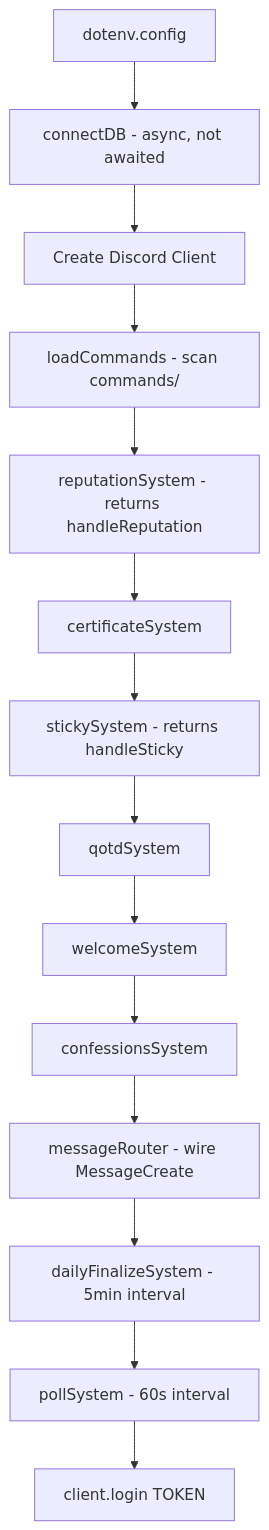
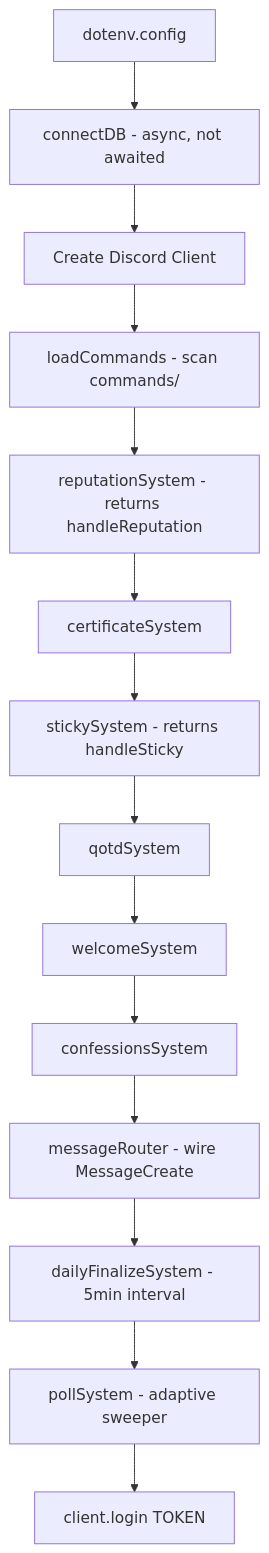
One commit to Vasumitra-Gajbhiye/Ralevel-Discord-Bot changed the first of 3 diagrams in docs/architecture.md. Above: the diagram before and after it, drawn with Mermaid. The commit also changed other lines of this file and 9 other files, not shown here.

Commit message:
Replaced the fixed 60-second poll deadline sweeper with adaptive deadline-based scheduling (5-minute idle cap), parallel poll closing, and a verification script. Then removed issue #16 from PERFORMANCE_REVIEW.md and updated related docs.

````diff
--- a/docs/architecture.md
+++ b/docs/architecture.md
@@ -81,16 +81,16 @@
 ```mermaid
 flowchart TD
     A[dotenv.config] --> B[connectDB - async, not awaited]
     B --> C[Create Discord Client]
     C --> D[loadCommands - scan commands/]
     D --> E[reputationSystem - returns handleReputation]
     E --> F[certificateSystem]
     F --> G[stickySystem - returns handleSticky]
     G --> H[qotdSystem]
     H --> I[welcomeSystem]
     I --> J[confessionsSystem]
     J --> K[messageRouter - wire MessageCreate]
     K --> L[dailyFinalizeSystem - 5min interval]
-    L --> M[pollSystem - 60s interval]
+    L --> M[pollSystem - adaptive sweeper]
     M --> N[client.login TOKEN]
 ```
````
